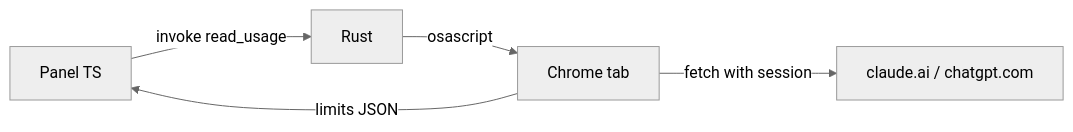
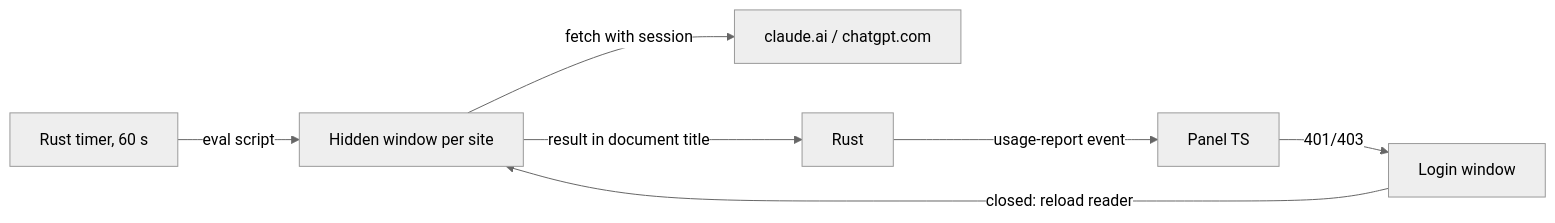
One commit to twistezo/ai-usage changed the diagram in README.md. Above: the diagram before and after it, drawn with Mermaid (neutral theme). The commit also changed other lines of this file and 28 other files, not shown here.

````diff
--- a/README.md
+++ b/README.md
@@ -7,7 +7,9 @@
 ```mermaid
 flowchart LR
-  panel[Panel TS] -- invoke read_usage --> rust[Rust]
-  rust -- osascript --> chrome[Chrome tab]
-  chrome -- fetch with session --> api[claude.ai / chatgpt.com]
-  chrome -- limits JSON --> panel
+  timer[Rust timer, 60 s] -- eval script --> reader[Hidden window per site]
+  reader -- fetch with session --> api[claude.ai / chatgpt.com]
+  reader -- result in document title --> rust[Rust]
+  rust -- usage-report event --> panel[Panel TS]
+  panel -- 401/403 --> login[Login window]
+  login -- closed: reload reader --> reader
 ```
````
